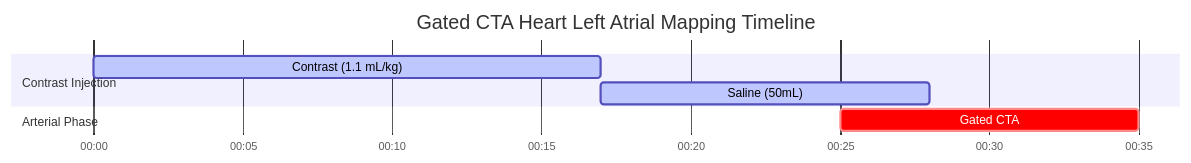
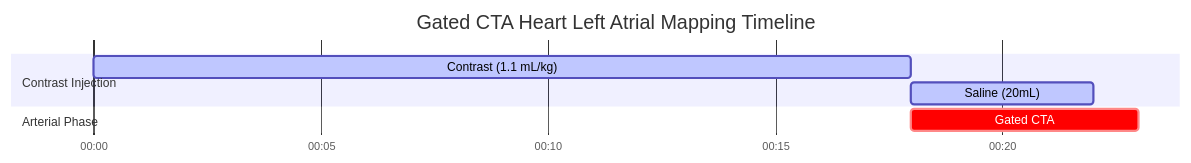
Before and after one commit to dfergs93/radiology-protocols: the diagram in docs/ct/cardiac/gated-cta-heart-left-atrial-mapping.md, drawn with Mermaid. The commit also changed other lines of this file and 113 other files, not shown here.

````diff
--- a/docs/ct/cardiac/gated-cta-heart-left-atrial-mapping.md
+++ b/docs/ct/cardiac/gated-cta-heart-left-atrial-mapping.md
@@ -84,16 +84,16 @@
   ```mermaid
   ---
   config:
     theme: default
   ---
     gantt
       title Gated CTA Heart Left Atrial Mapping Timeline
       dateFormat mm:ss
       axisFormat %M:%S 
       
       section Contrast Injection
-      Contrast (1.1 mL/kg)    :active, contrast, 00:00, 17s
-      Saline (50mL)          :active, saline, after contrast, 11s
+      Contrast (1.1 mL/kg)    :active, contrast, 00:00, 18s
+      Saline (20mL)          :active, saline, after contrast, 4s
       section Arterial Phase
-      Gated CTA    :crit, scan1, 00:25, 10s
+      Gated CTA    :crit, scan1, after contrast, 5s
   ```
````
